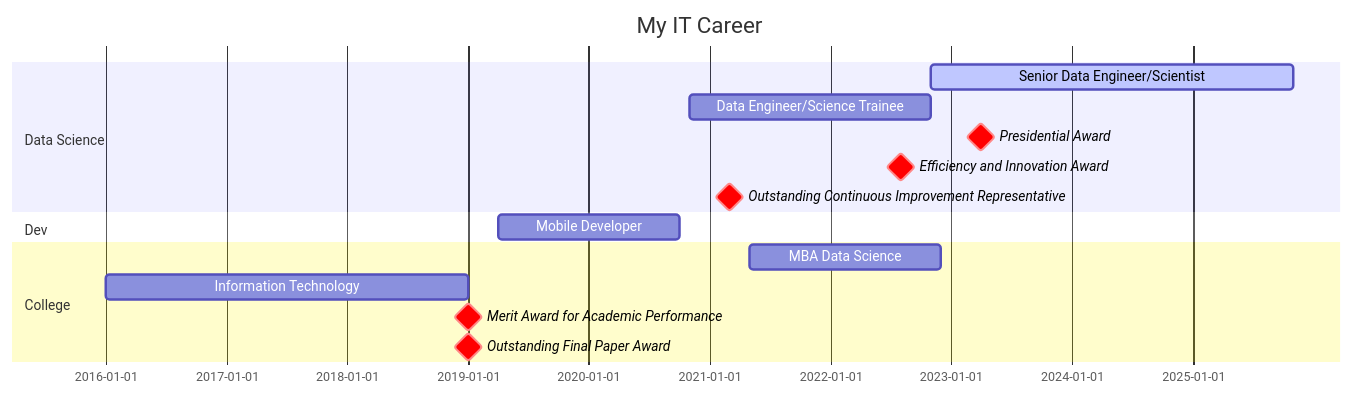
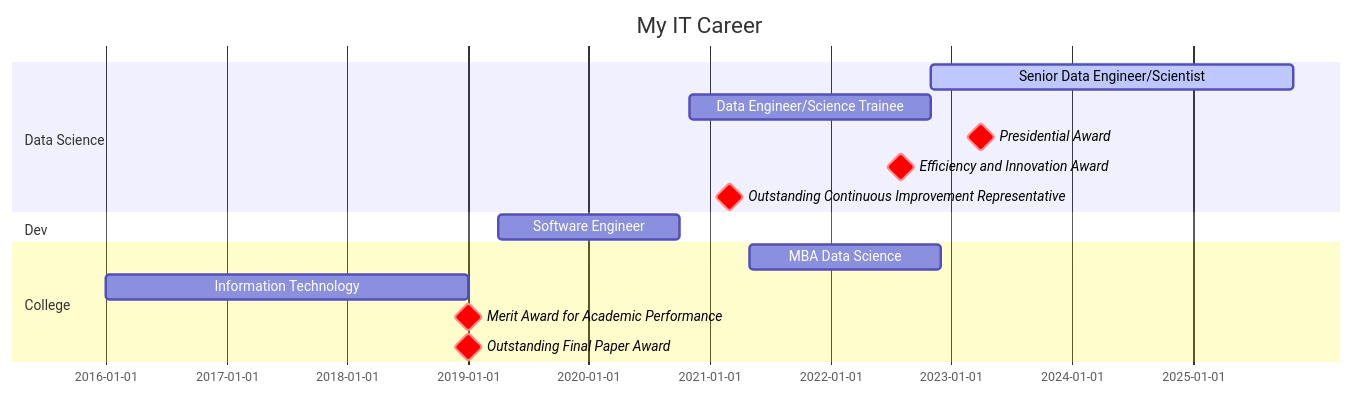
One commit to josehenriqueroveda/josehenriqueroveda changed the diagram in README.md. Above: the diagram before and after it, drawn with Mermaid.

````diff
--- a/README.md
+++ b/README.md
@@ -42,21 +42,21 @@
 ```mermaid
 gantt
        dateFormat  MM-YYYY
        title My IT Career
 
        section Data Science
        Senior Data Engineer/Scientist   :active,  des1, after des2, 3y
        Data Engineer/Science Trainee    :  des2, 11-2020, 11-2022
        Presidential Award   :milestone, crit, 04-2023, 1d
        Efficiency and Innovation Award   :milestone, crit, 08-2022, 1d
        Outstanding Continuous Improvement Representative   :milestone, crit, 03-2021, 1d
 
        section Dev
-       Mobile Developer    :  des3, 04-2019, 10-2020
+       Software Engineer    :  des3, 04-2019, 10-2020
 
        section College
        MBA Data Science   : des5, 05-2021, 12-2022
        Information Technology : des6, 01-2016, 01-2019
        Merit Award for Academic Performance   :milestone, crit, 01-2019, 1d
        Outstanding Final Paper Award   :milestone, crit, 01-2019, 1d
 ```
````
